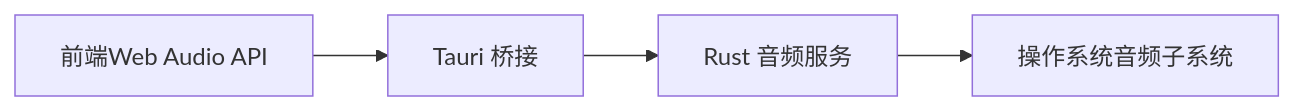
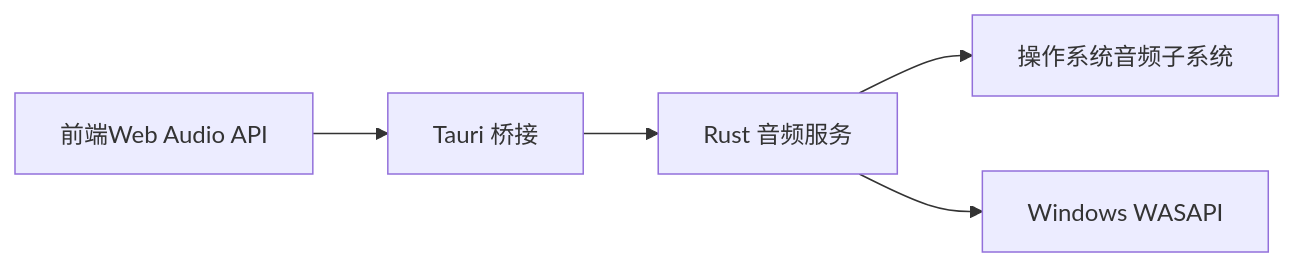
The sixth of 6 diagrams in .qoder/repowiki/zh/content/音频处理系统.md (Wumiu/Petra), drawn with Mermaid before and after one commit. The commit also changed other lines of this file and 45 other files, not shown here.

````diff
--- a/.qoder/repowiki/zh/content/音频处理系统.md
+++ b/.qoder/repowiki/zh/content/音频处理系统.md
@@ -231,6 +257,7 @@
 ```mermaid
 graph LR
 FE["前端Web Audio API"] --> Tauri["Tauri 桥接"]
 Tauri --> Rust["Rust 音频服务"]
 Rust --> OS["操作系统音频子系统"]
+Rust --> WASAPI["Windows WASAPI"]
 ```
````
